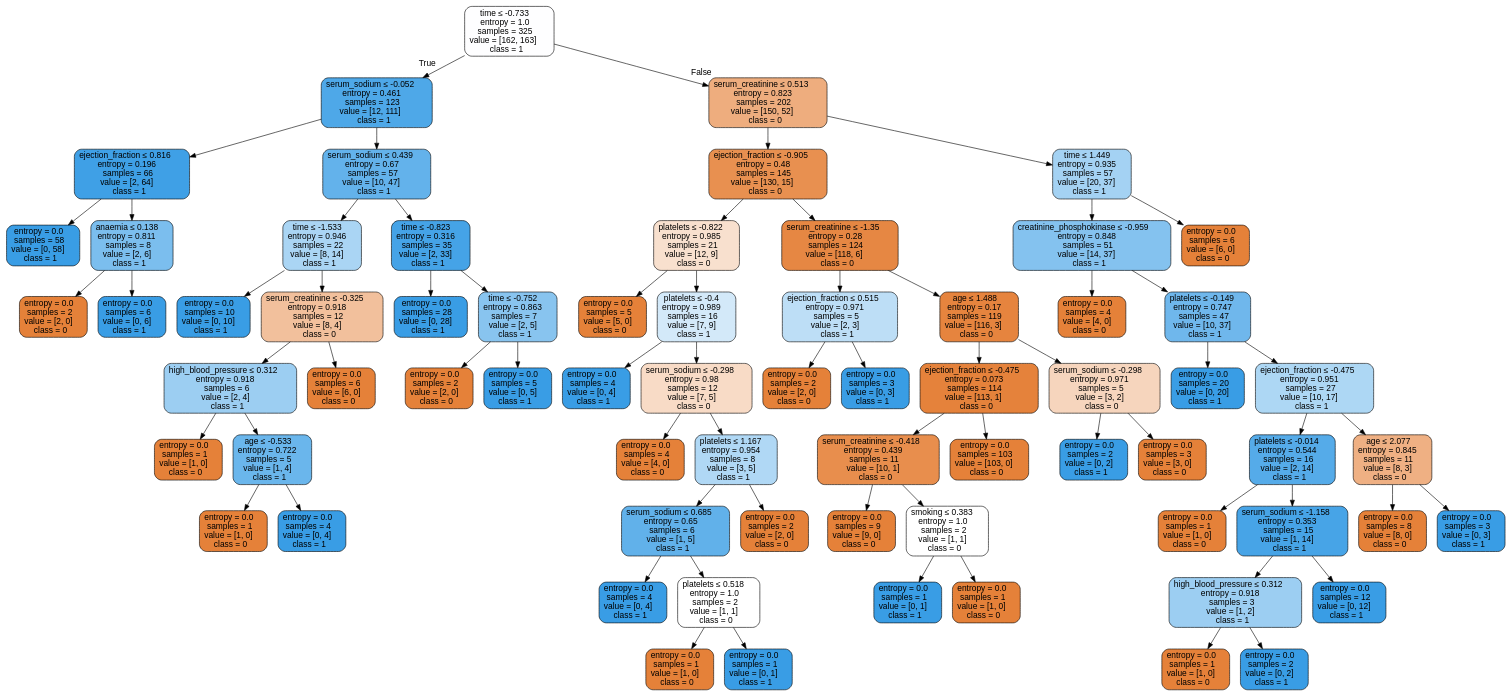
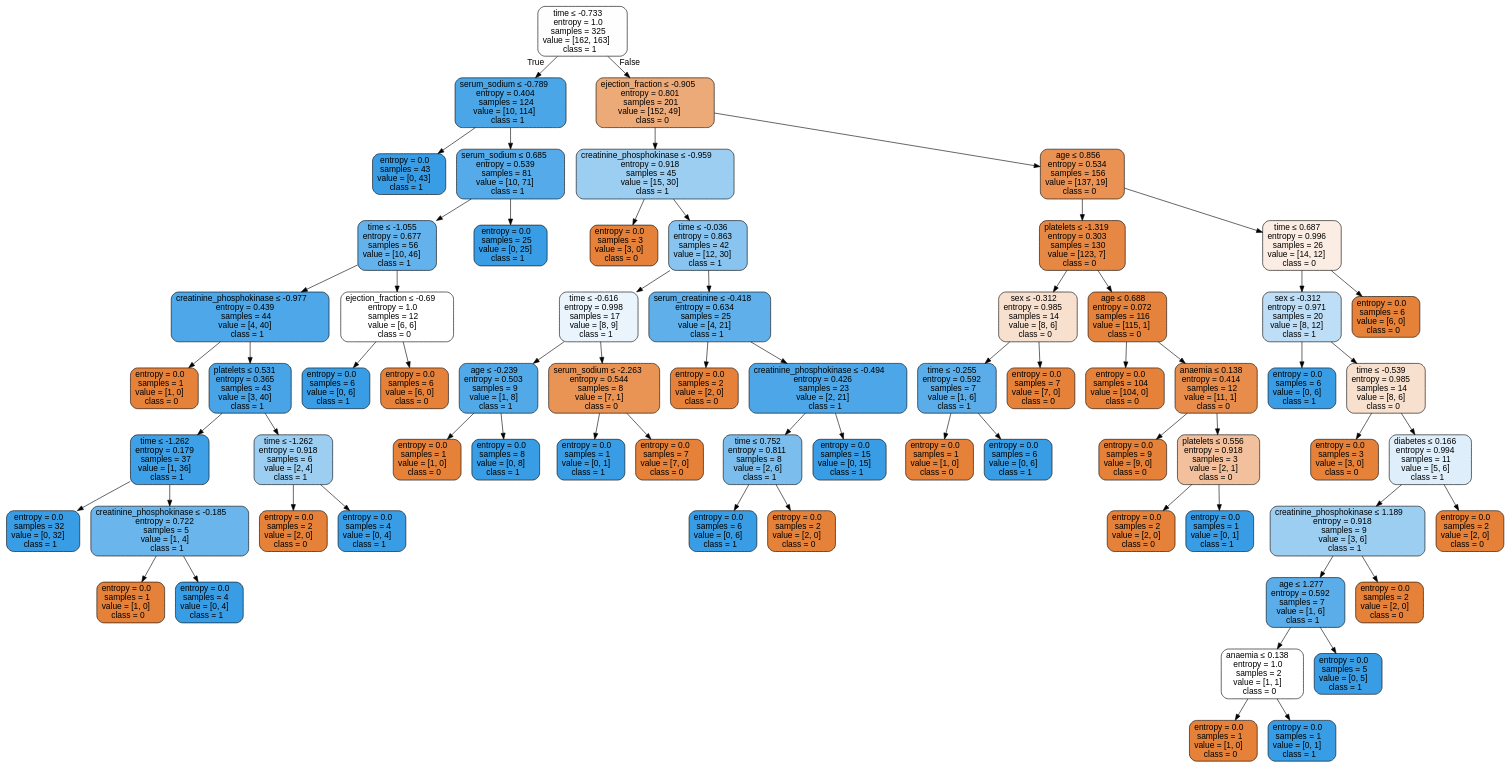
One commit to isabelSoares/CD-2021 changed the diagram in Labs/Results/DecisionTrees/OverSample/HFCR - OverSample - dtree.dot. Above: the diagram before and after it, drawn with Graphviz. The commit also changed 125 other files, not shown here.

```diff
--- a/Labs/Results/DecisionTrees/OverSample/HFCR - OverSample - dtree.dot
+++ b/Labs/Results/DecisionTrees/OverSample/HFCR - OverSample - dtree.dot
@@ -2,140 +2,136 @@
 node [shape=box, style="filled, rounded", color="black", fontname=helvetica] ;
 edge [fontname=helvetica] ;
 0 [label=<time &le; -0.733<br/>entropy = 1.0<br/>samples = 325<br/>value = [162, 163]<br/>class = 1>, fillcolor="#fefeff"] ;
-1 [label=<serum_sodium &le; -0.052<br/>entropy = 0.461<br/>samples = 123<br/>value = [12, 111]<br/>class = 1>, fillcolor="#4ea8e8"] ;
+1 [label=<serum_sodium &le; -0.789<br/>entropy = 0.404<br/>samples = 124<br/>value = [10, 114]<br/>class = 1>, fillcolor="#4aa6e7"] ;
 0 -> 1 [labeldistance=2.5, labelangle=45, headlabel="True"] ;
-2 [label=<ejection_fraction &le; 0.816<br/>entropy = 0.196<br/>samples = 66<br/>value = [2, 64]<br/>class = 1>, fillcolor="#3fa0e6"] ;
+2 [label=<entropy = 0.0<br/>samples = 43<br/>value = [0, 43]<br/>class = 1>, fillcolor="#399de5"] ;
 1 -> 2 ;
-3 [label=<entropy = 0.0<br/>samples = 58<br/>value = [0, 58]<br/>class = 1>, fillcolor="#399de5"] ;
-2 -> 3 ;
-4 [label=<anaemia &le; 0.138<br/>entropy = 0.811<br/>samples = 8<br/>value = [2, 6]<br/>class = 1>, fillcolor="#7bbeee"] ;
-2 -> 4 ;
-5 [label=<entropy = 0.0<br/>samples = 2<br/>value = [2, 0]<br/>class = 0>, fillcolor="#e58139"] ;
+3 [label=<serum_sodium &le; 0.685<br/>entropy = 0.539<br/>samples = 81<br/>value = [10, 71]<br/>class = 1>, fillcolor="#55abe9"] ;
+1 -> 3 ;
+4 [label=<time &le; -1.055<br/>entropy = 0.677<br/>samples = 56<br/>value = [10, 46]<br/>class = 1>, fillcolor="#64b2eb"] ;
+3 -> 4 ;
+5 [label=<creatinine_phosphokinase &le; -0.977<br/>entropy = 0.439<br/>samples = 44<br/>value = [4, 40]<br/>class = 1>, fillcolor="#4da7e8"] ;
 4 -> 5 ;
-6 [label=<entropy = 0.0<br/>samples = 6<br/>value = [0, 6]<br/>class = 1>, fillcolor="#399de5"] ;
-4 -> 6 ;
-7 [label=<serum_sodium &le; 0.439<br/>entropy = 0.67<br/>samples = 57<br/>value = [10, 47]<br/>class = 1>, fillcolor="#63b2eb"] ;
-1 -> 7 ;
-8 [label=<time &le; -1.533<br/>entropy = 0.946<br/>samples = 22<br/>value = [8, 14]<br/>class = 1>, fillcolor="#aad5f4"] ;
+6 [label=<entropy = 0.0<br/>samples = 1<br/>value = [1, 0]<br/>class = 0>, fillcolor="#e58139"] ;
+5 -> 6 ;
+7 [label=<platelets &le; 0.531<br/>entropy = 0.365<br/>samples = 43<br/>value = [3, 40]<br/>class = 1>, fillcolor="#48a4e7"] ;
+5 -> 7 ;
+8 [label=<time &le; -1.262<br/>entropy = 0.179<br/>samples = 37<br/>value = [1, 36]<br/>class = 1>, fillcolor="#3ea0e6"] ;
 7 -> 8 ;
-9 [label=<entropy = 0.0<br/>samples = 10<br/>value = [0, 10]<br/>class = 1>, fillcolor="#399de5"] ;
+9 [label=<entropy = 0.0<br/>samples = 32<br/>value = [0, 32]<br/>class = 1>, fillcolor="#399de5"] ;
 8 -> 9 ;
-10 [label=<serum_creatinine &le; -0.325<br/>entropy = 0.918<br/>samples = 12<br/>value = [8, 4]<br/>class = 0>, fillcolor="#f2c09c"] ;
+10 [label=<creatinine_phosphokinase &le; -0.185<br/>entropy = 0.722<br/>samples = 5<br/>value = [1, 4]<br/>class = 1>, fillcolor="#6ab6ec"] ;
 8 -> 10 ;
-11 [label=<high_blood_pressure &le; 0.312<br/>entropy = 0.918<br/>samples = 6<br/>value = [2, 4]<br/>class = 1>, fillcolor="#9ccef2"] ;
+11 [label=<entropy = 0.0<br/>samples = 1<br/>value = [1, 0]<br/>class = 0>, fillcolor="#e58139"] ;
 10 -> 11 ;
-12 [label=<entropy = 0.0<br/>samples = 1<br/>value = [1, 0]<br/>class = 0>, fillcolor="#e58139"] ;
-11 -> 12 ;
-13 [label=<age &le; -0.533<br/>entropy = 0.722<br/>samples = 5<br/>value = [1, 4]<br/>class = 1>, fillcolor="#6ab6ec"] ;
-11 -> 13 ;
-14 [label=<entropy = 0.0<br/>samples = 1<br/>value = [1, 0]<br/>class = 0>, fillcolor="#e58139"] ;
+12 [label=<entropy = 0.0<br/>samples = 4<br/>value = [0, 4]<br/>class = 1>, fillcolor="#399de5"] ;
+10 -> 12 ;
+13 [label=<time &le; -1.262<br/>entropy = 0.918<br/>samples = 6<br/>value = [2, 4]<br/>class = 1>, fillcolor="#9ccef2"] ;
+7 -> 13 ;
+14 [label=<entropy = 0.0<br/>samples = 2<br/>value = [2, 0]<br/>class = 0>, fillcolor="#e58139"] ;
 13 -> 14 ;
 15 [label=<entropy = 0.0<br/>samples = 4<br/>value = [0, 4]<br/>class = 1>, fillcolor="#399de5"] ;
 13 -> 15 ;
-16 [label=<entropy = 0.0<br/>samples = 6<br/>value = [6, 0]<br/>class = 0>, fillcolor="#e58139"] ;
-10 -> 16 ;
-17 [label=<time &le; -0.823<br/>entropy = 0.316<br/>samples = 35<br/>value = [2, 33]<br/>class = 1>, fillcolor="#45a3e7"] ;
-7 -> 17 ;
-18 [label=<entropy = 0.0<br/>samples = 28<br/>value = [0, 28]<br/>class = 1>, fillcolor="#399de5"] ;
-17 -> 18 ;
-19 [label=<time &le; -0.752<br/>entropy = 0.863<br/>samples = 7<br/>value = [2, 5]<br/>class = 1>, fillcolor="#88c4ef"] ;
-17 -> 19 ;
-20 [label=<entropy = 0.0<br/>samples = 2<br/>value = [2, 0]<br/>class = 0>, fillcolor="#e58139"] ;
-19 -> 20 ;
-21 [label=<entropy = 0.0<br/>samples = 5<br/>value = [0, 5]<br/>class = 1>, fillcolor="#399de5"] ;
-19 -> 21 ;
-22 [label=<serum_creatinine &le; 0.513<br/>entropy = 0.823<br/>samples = 202<br/>value = [150, 52]<br/>class = 0>, fillcolor="#eead7e"] ;
-0 -> 22 [labeldistance=2.5, labelangle=-45, headlabel="False"] ;
-23 [label=<ejection_fraction &le; -0.905<br/>entropy = 0.48<br/>samples = 145<br/>value = [130, 15]<br/>class = 0>, fillcolor="#e89050"] ;
-22 -> 23 ;
-24 [label=<platelets &le; -0.822<br/>entropy = 0.985<br/>samples = 21<br/>value = [12, 9]<br/>class = 0>, fillcolor="#f8e0ce"] ;
+16 [label=<ejection_fraction &le; -0.69<br/>entropy = 1.0<br/>samples = 12<br/>value = [6, 6]<br/>class = 0>, fillcolor="#ffffff"] ;
+4 -> 16 ;
+17 [label=<entropy = 0.0<br/>samples = 6<br/>value = [0, 6]<br/>class = 1>, fillcolor="#399de5"] ;
+16 -> 17 ;
+18 [label=<entropy = 0.0<br/>samples = 6<br/>value = [6, 0]<br/>class = 0>, fillcolor="#e58139"] ;
+16 -> 18 ;
+19 [label=<entropy = 0.0<br/>samples = 25<br/>value = [0, 25]<br/>class = 1>, fillcolor="#399de5"] ;
+3 -> 19 ;
+20 [label=<ejection_fraction &le; -0.905<br/>entropy = 0.801<br/>samples = 201<br/>value = [152, 49]<br/>class = 0>, fillcolor="#edaa79"] ;
+0 -> 20 [labeldistance=2.5, labelangle=-45, headlabel="False"] ;
+21 [label=<creatinine_phosphokinase &le; -0.959<br/>entropy = 0.918<br/>samples = 45<br/>value = [15, 30]<br/>class = 1>, fillcolor="#9ccef2"] ;
+20 -> 21 ;
+22 [label=<entropy = 0.0<br/>samples = 3<br/>value = [3, 0]<br/>class = 0>, fillcolor="#e58139"] ;
+21 -> 22 ;
+23 [label=<time &le; -0.036<br/>entropy = 0.863<br/>samples = 42<br/>value = [12, 30]<br/>class = 1>, fillcolor="#88c4ef"] ;
+21 -> 23 ;
+24 [label=<time &le; -0.616<br/>entropy = 0.998<br/>samples = 17<br/>value = [8, 9]<br/>class = 1>, fillcolor="#e9f4fc"] ;
 23 -> 24 ;
-25 [label=<entropy = 0.0<br/>samples = 5<br/>value = [5, 0]<br/>class = 0>, fillcolor="#e58139"] ;
+25 [label=<age &le; -0.239<br/>entropy = 0.503<br/>samples = 9<br/>value = [1, 8]<br/>class = 1>, fillcolor="#52a9e8"] ;
 24 -> 25 ;
-26 [label=<platelets &le; -0.4<br/>entropy = 0.989<br/>samples = 16<br/>value = [7, 9]<br/>class = 1>, fillcolor="#d3e9f9"] ;
-24 -> 26 ;
-27 [label=<entropy = 0.0<br/>samples = 4<br/>value = [0, 4]<br/>class = 1>, fillcolor="#399de5"] ;
-26 -> 27 ;
-28 [label=<serum_sodium &le; -0.298<br/>entropy = 0.98<br/>samples = 12<br/>value = [7, 5]<br/>class = 0>, fillcolor="#f8dbc6"] ;
-26 -> 28 ;
-29 [label=<entropy = 0.0<br/>samples = 4<br/>value = [4, 0]<br/>class = 0>, fillcolor="#e58139"] ;
+26 [label=<entropy = 0.0<br/>samples = 1<br/>value = [1, 0]<br/>class = 0>, fillcolor="#e58139"] ;
+25 -> 26 ;
+27 [label=<entropy = 0.0<br/>samples = 8<br/>value = [0, 8]<br/>class = 1>, fillcolor="#399de5"] ;
+25 -> 27 ;
+28 [label=<serum_sodium &le; -2.263<br/>entropy = 0.544<br/>samples = 8<br/>value = [7, 1]<br/>class = 0>, fillcolor="#e99355"] ;
+24 -> 28 ;
+29 [label=<entropy = 0.0<br/>samples = 1<br/>value = [0, 1]<br/>class = 1>, fillcolor="#399de5"] ;
 28 -> 29 ;
-30 [label=<platelets &le; 1.167<br/>entropy = 0.954<br/>samples = 8<br/>value = [3, 5]<br/>class = 1>, fillcolor="#b0d8f5"] ;
+30 [label=<entropy = 0.0<br/>samples = 7<br/>value = [7, 0]<br/>class = 0>, fillcolor="#e58139"] ;
 28 -> 30 ;
-31 [label=<serum_sodium &le; 0.685<br/>entropy = 0.65<br/>samples = 6<br/>value = [1, 5]<br/>class = 1>, fillcolor="#61b1ea"] ;
-30 -> 31 ;
-32 [label=<entropy = 0.0<br/>samples = 4<br/>value = [0, 4]<br/>class = 1>, fillcolor="#399de5"] ;
+31 [label=<serum_creatinine &le; -0.418<br/>entropy = 0.634<br/>samples = 25<br/>value = [4, 21]<br/>class = 1>, fillcolor="#5fb0ea"] ;
+23 -> 31 ;
+32 [label=<entropy = 0.0<br/>samples = 2<br/>value = [2, 0]<br/>class = 0>, fillcolor="#e58139"] ;
 31 -> 32 ;
-33 [label=<platelets &le; 0.518<br/>entropy = 1.0<br/>samples = 2<br/>value = [1, 1]<br/>class = 0>, fillcolor="#ffffff"] ;
+33 [label=<creatinine_phosphokinase &le; -0.494<br/>entropy = 0.426<br/>samples = 23<br/>value = [2, 21]<br/>class = 1>, fillcolor="#4ca6e7"] ;
 31 -> 33 ;
-34 [label=<entropy = 0.0<br/>samples = 1<br/>value = [1, 0]<br/>class = 0>, fillcolor="#e58139"] ;
+34 [label=<time &le; 0.752<br/>entropy = 0.811<br/>samples = 8<br/>value = [2, 6]<br/>class = 1>, fillcolor="#7bbeee"] ;
 33 -> 34 ;
-35 [label=<entropy = 0.0<br/>samples = 1<br/>value = [0, 1]<br/>class = 1>, fillcolor="#399de5"] ;
-33 -> 35 ;
+35 [label=<entropy = 0.0<br/>samples = 6<br/>value = [0, 6]<br/>class = 1>, fillcolor="#399de5"] ;
+34 -> 35 ;
 36 [label=<entropy = 0.0<br/>samples = 2<br/>value = [2, 0]<br/>class = 0>, fillcolor="#e58139"] ;
-30 -> 36 ;
-37 [label=<serum_creatinine &le; -1.35<br/>entropy = 0.28<br/>samples = 124<br/>value = [118, 6]<br/>class = 0>, fillcolor="#e68743"] ;
-23 -> 37 ;
-38 [label=<ejection_fraction &le; 0.515<br/>entropy = 0.971<br/>samples = 5<br/>value = [2, 3]<br/>class = 1>, fillcolor="#bddef6"] ;
-37 -> 38 ;
-39 [label=<entropy = 0.0<br/>samples = 2<br/>value = [2, 0]<br/>class = 0>, fillcolor="#e58139"] ;
+34 -> 36 ;
+37 [label=<entropy = 0.0<br/>samples = 15<br/>value = [0, 15]<br/>class = 1>, fillcolor="#399de5"] ;
+33 -> 37 ;
+38 [label=<age &le; 0.856<br/>entropy = 0.534<br/>samples = 156<br/>value = [137, 19]<br/>class = 0>, fillcolor="#e99254"] ;
+20 -> 38 ;
+39 [label=<platelets &le; -1.319<br/>entropy = 0.303<br/>samples = 130<br/>value = [123, 7]<br/>class = 0>, fillcolor="#e68844"] ;
 38 -> 39 ;
-40 [label=<entropy = 0.0<br/>samples = 3<br/>value = [0, 3]<br/>class = 1>, fillcolor="#399de5"] ;
-38 -> 40 ;
-41 [label=<age &le; 1.488<br/>entropy = 0.17<br/>samples = 119<br/>value = [116, 3]<br/>class = 0>, fillcolor="#e6843e"] ;
-37 -> 41 ;
-42 [label=<ejection_fraction &le; -0.475<br/>entropy = 0.073<br/>samples = 114<br/>value = [113, 1]<br/>class = 0>, fillcolor="#e5823b"] ;
+40 [label=<sex &le; -0.312<br/>entropy = 0.985<br/>samples = 14<br/>value = [8, 6]<br/>class = 0>, fillcolor="#f8e0ce"] ;
+39 -> 40 ;
+41 [label=<time &le; -0.255<br/>entropy = 0.592<br/>samples = 7<br/>value = [1, 6]<br/>class = 1>, fillcolor="#5aade9"] ;
+40 -> 41 ;
+42 [label=<entropy = 0.0<br/>samples = 1<br/>value = [1, 0]<br/>class = 0>, fillcolor="#e58139"] ;
 41 -> 42 ;
-43 [label=<serum_creatinine &le; -0.418<br/>entropy = 0.439<br/>samples = 11<br/>value = [10, 1]<br/>class = 0>, fillcolor="#e88e4d"] ;
-42 -> 43 ;
-44 [label=<entropy = 0.0<br/>samples = 9<br/>value = [9, 0]<br/>class = 0>, fillcolor="#e58139"] ;
-43 -> 44 ;
-45 [label=<smoking &le; 0.383<br/>entropy = 1.0<br/>samples = 2<br/>value = [1, 1]<br/>class = 0>, fillcolor="#ffffff"] ;
-43 -> 45 ;
-46 [label=<entropy = 0.0<br/>samples = 1<br/>value = [0, 1]<br/>class = 1>, fillcolor="#399de5"] ;
+43 [label=<entropy = 0.0<br/>samples = 6<br/>value = [0, 6]<br/>class = 1>, fillcolor="#399de5"] ;
+41 -> 43 ;
+44 [label=<entropy = 0.0<br/>samples = 7<br/>value = [7, 0]<br/>class = 0>, fillcolor="#e58139"] ;
+40 -> 44 ;
+45 [label=<age &le; 0.688<br/>entropy = 0.072<br/>samples = 116<br/>value = [115, 1]<br/>class = 0>, fillcolor="#e5823b"] ;
+39 -> 45 ;
+46 [label=<entropy = 0.0<br/>samples = 104<br/>value = [104, 0]<br/>class = 0>, fillcolor="#e58139"] ;
 45 -> 46 ;
-47 [label=<entropy = 0.0<br/>samples = 1<br/>value = [1, 0]<br/>class = 0>, fillcolor="#e58139"] ;
+47 [label=<anaemia &le; 0.138<br/>entropy = 0.414<br/>samples = 12<br/>value = [11, 1]<br/>class = 0>, fillcolor="#e78c4b"] ;
 45 -> 47 ;
-48 [label=<entropy = 0.0<br/>samples = 103<br/>value = [103, 0]<br/>class = 0>, fillcolor="#e58139"] ;
-42 -> 48 ;
-49 [label=<serum_sodium &le; -0.298<br/>entropy = 0.971<br/>samples = 5<br/>value = [3, 2]<br/>class = 0>, fillcolor="#f6d5bd"] ;
-41 -> 49 ;
-50 [label=<entropy = 0.0<br/>samples = 2<br/>value = [0, 2]<br/>class = 1>, fillcolor="#399de5"] ;
+48 [label=<entropy = 0.0<br/>samples = 9<br/>value = [9, 0]<br/>class = 0>, fillcolor="#e58139"] ;
+47 -> 48 ;
+49 [label=<platelets &le; 0.556<br/>entropy = 0.918<br/>samples = 3<br/>value = [2, 1]<br/>class = 0>, fillcolor="#f2c09c"] ;
+47 -> 49 ;
+50 [label=<entropy = 0.0<br/>samples = 2<br/>value = [2, 0]<br/>class = 0>, fillcolor="#e58139"] ;
 49 -> 50 ;
-51 [label=<entropy = 0.0<br/>samples = 3<br/>value = [3, 0]<br/>class = 0>, fillcolor="#e58139"] ;
+51 [label=<entropy = 0.0<br/>samples = 1<br/>value = [0, 1]<br/>class = 1>, fillcolor="#399de5"] ;
 49 -> 51 ;
-52 [label=<time &le; 1.449<br/>entropy = 0.935<br/>samples = 57<br/>value = [20, 37]<br/>class = 1>, fillcolor="#a4d2f3"] ;
-22 -> 52 ;
-53 [label=<creatinine_phosphokinase &le; -0.959<br/>entropy = 0.848<br/>samples = 51<br/>value = [14, 37]<br/>class = 1>, fillcolor="#84c2ef"] ;
+52 [label=<time &le; 0.687<br/>entropy = 0.996<br/>samples = 26<br/>value = [14, 12]<br/>class = 0>, fillcolor="#fbede3"] ;
+38 -> 52 ;
+53 [label=<sex &le; -0.312<br/>entropy = 0.971<br/>samples = 20<br/>value = [8, 12]<br/>class = 1>, fillcolor="#bddef6"] ;
 52 -> 53 ;
-54 [label=<entropy = 0.0<br/>samples = 4<br/>value = [4, 0]<br/>class = 0>, fillcolor="#e58139"] ;
+54 [label=<entropy = 0.0<br/>samples = 6<br/>value = [0, 6]<br/>class = 1>, fillcolor="#399de5"] ;
 53 -> 54 ;
-55 [label=<platelets &le; -0.149<br/>entropy = 0.747<br/>samples = 47<br/>value = [10, 37]<br/>class = 1>, fillcolor="#6fb7ec"] ;
+55 [label=<time &le; -0.539<br/>entropy = 0.985<br/>samples = 14<br/>value = [8, 6]<br/>class = 0>, fillcolor="#f8e0ce"] ;
 53 -> 55 ;
-56 [label=<entropy = 0.0<br/>samples = 20<br/>value = [0, 20]<br/>class = 1>, fillcolor="#399de5"] ;
+56 [label=<entropy = 0.0<br/>samples = 3<br/>value = [3, 0]<br/>class = 0>, fillcolor="#e58139"] ;
 55 -> 56 ;
-57 [label=<ejection_fraction &le; -0.475<br/>entropy = 0.951<br/>samples = 27<br/>value = [10, 17]<br/>class = 1>, fillcolor="#add7f4"] ;
+57 [label=<diabetes &le; 0.166<br/>entropy = 0.994<br/>samples = 11<br/>value = [5, 6]<br/>class = 1>, fillcolor="#deeffb"] ;
 55 -> 57 ;
-58 [label=<platelets &le; -0.014<br/>entropy = 0.544<br/>samples = 16<br/>value = [2, 14]<br/>class = 1>, fillcolor="#55abe9"] ;
+58 [label=<creatinine_phosphokinase &le; 1.189<br/>entropy = 0.918<br/>samples = 9<br/>value = [3, 6]<br/>class = 1>, fillcolor="#9ccef2"] ;
 57 -> 58 ;
-59 [label=<entropy = 0.0<br/>samples = 1<br/>value = [1, 0]<br/>class = 0>, fillcolor="#e58139"] ;
+59 [label=<age &le; 1.277<br/>entropy = 0.592<br/>samples = 7<br/>value = [1, 6]<br/>class = 1>, fillcolor="#5aade9"] ;
 58 -> 59 ;
-60 [label=<serum_sodium &le; -1.158<br/>entropy = 0.353<br/>samples = 15<br/>value = [1, 14]<br/>class = 1>, fillcolor="#47a4e7"] ;
-58 -> 60 ;
-61 [label=<high_blood_pressure &le; 0.312<br/>entropy = 0.918<br/>samples = 3<br/>value = [1, 2]<br/>class = 1>, fillcolor="#9ccef2"] ;
+60 [label=<anaemia &le; 0.138<br/>entropy = 1.0<br/>samples = 2<br/>value = [1, 1]<br/>class = 0>, fillcolor="#ffffff"] ;
+59 -> 60 ;
+61 [label=<entropy = 0.0<br/>samples = 1<br/>value = [1, 0]<br/>class = 0>, fillcolor="#e58139"] ;
 60 -> 61 ;
-62 [label=<entropy = 0.0<br/>samples = 1<br/>value = [1, 0]<br/>class = 0>, fillcolor="#e58139"] ;
-61 -> 62 ;
-63 [label=<entropy = 0.0<br/>samples = 2<br/>value = [0, 2]<br/>class = 1>, fillcolor="#399de5"] ;
-61 -> 63 ;
-64 [label=<entropy = 0.0<br/>samples = 12<br/>value = [0, 12]<br/>class = 1>, fillcolor="#399de5"] ;
-60 -> 64 ;
-65 [label=<age &le; 2.077<br/>entropy = 0.845<br/>samples = 11<br/>value = [8, 3]<br/>class = 0>, fillcolor="#efb083"] ;
+62 [label=<entropy = 0.0<br/>samples = 1<br/>value = [0, 1]<br/>class = 1>, fillcolor="#399de5"] ;
+60 -> 62 ;
+63 [label=<entropy = 0.0<br/>samples = 5<br/>value = [0, 5]<br/>class = 1>, fillcolor="#399de5"] ;
+59 -> 63 ;
+64 [label=<entropy = 0.0<br/>samples = 2<br/>value = [2, 0]<br/>class = 0>, fillcolor="#e58139"] ;
+58 -> 64 ;
+65 [label=<entropy = 0.0<br/>samples = 2<br/>value = [2, 0]<br/>class = 0>, fillcolor="#e58139"] ;
 57 -> 65 ;
-66 [label=<entropy = 0.0<br/>samples = 8<br/>value = [8, 0]<br/>class = 0>, fillcolor="#e58139"] ;
-65 -> 66 ;
-67 [label=<entropy = 0.0<br/>samples = 3<br/>value = [0, 3]<br/>class = 1>, fillcolor="#399de5"] ;
-65 -> 67 ;
-68 [label=<entropy = 0.0<br/>samples = 6<br/>value = [6, 0]<br/>class = 0>, fillcolor="#e58139"] ;
-52 -> 68 ;
+66 [label=<entropy = 0.0<br/>samples = 6<br/>value = [6, 0]<br/>class = 0>, fillcolor="#e58139"] ;
+52 -> 66 ;
 }
```
